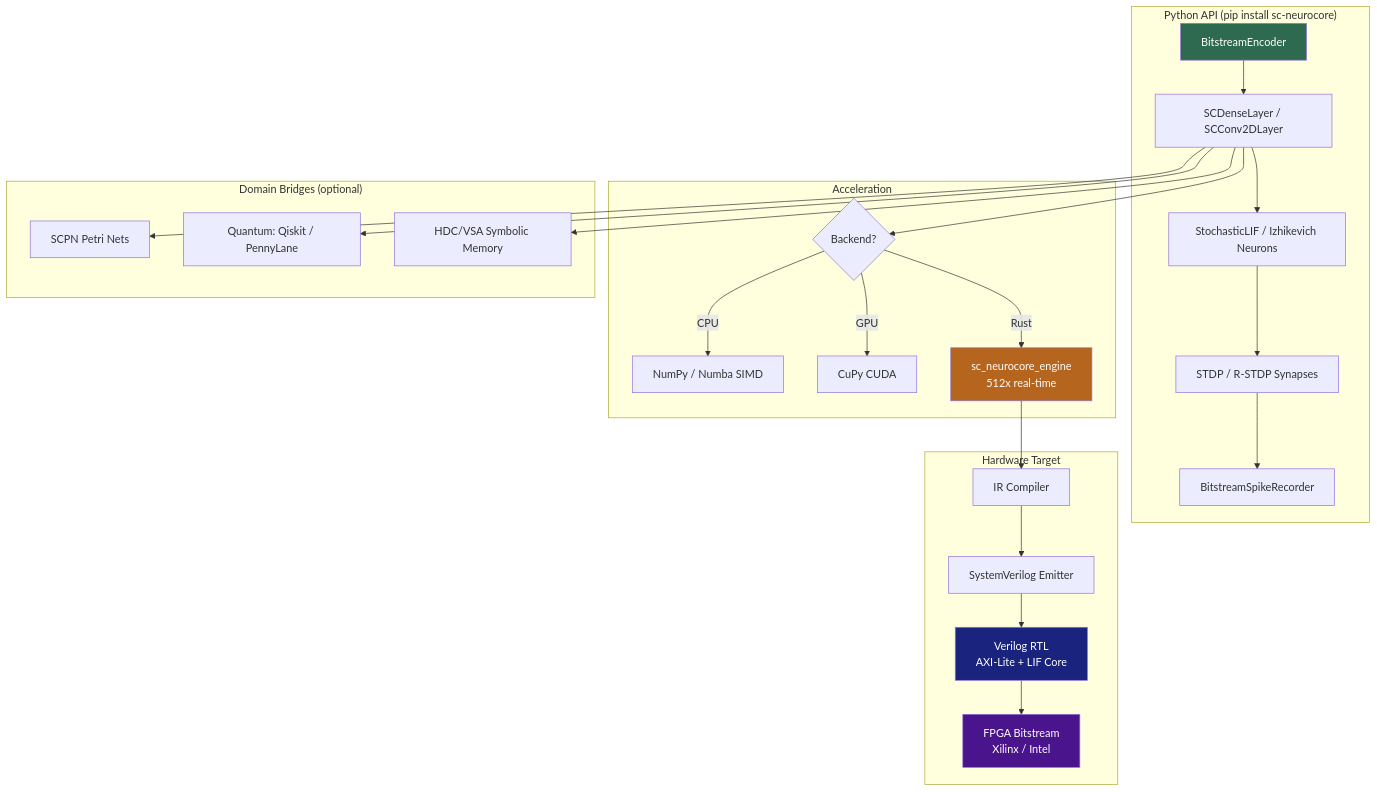
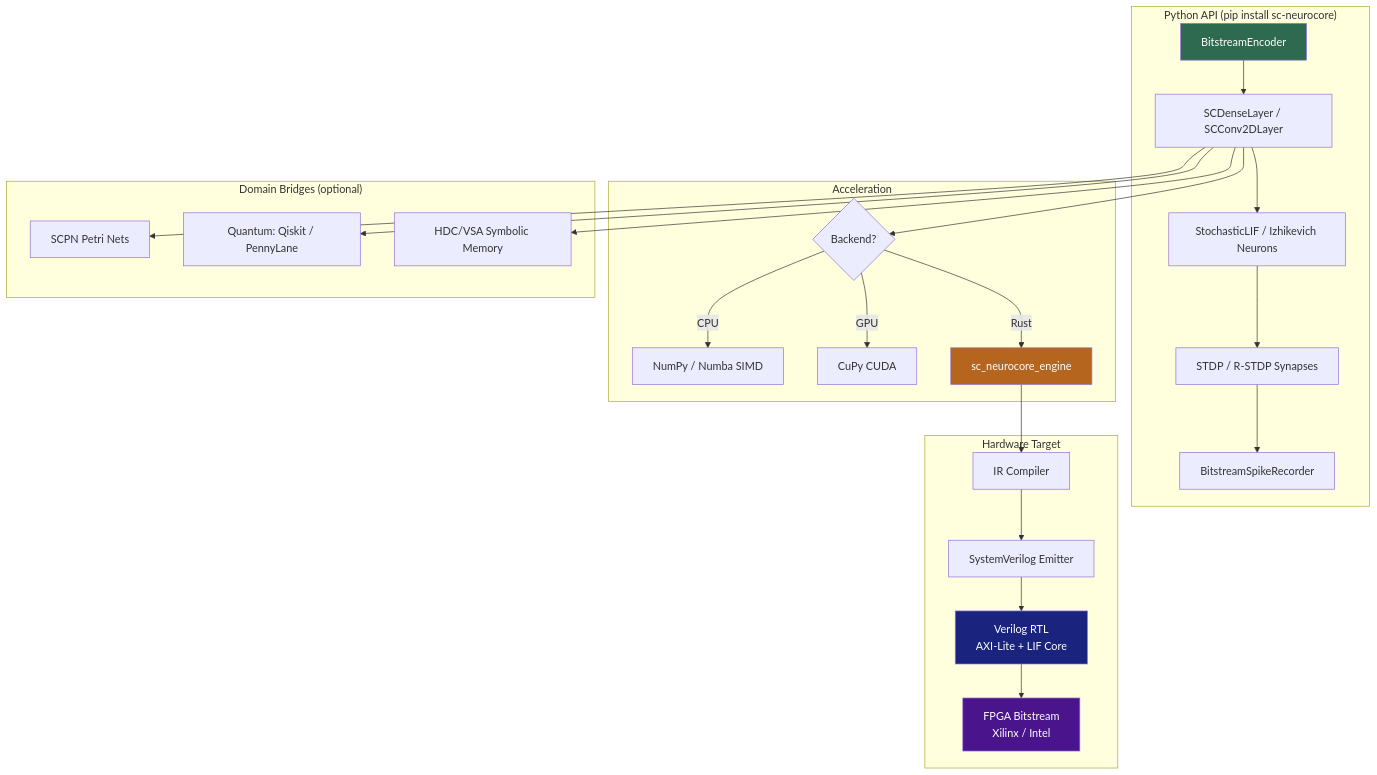
The diagram in README.md (anulum/sc-neurocore), drawn with Mermaid before and after one commit. The commit also changed other lines of this file and 25 other files, not shown here.

````diff
--- a/README.md
+++ b/README.md
@@ -110,34 +110,34 @@
 ```mermaid
 graph TD
     subgraph "Python API (pip install sc-neurocore)"
         A[BitstreamEncoder] --> B[SCDenseLayer / SCConv2DLayer]
         B --> C[StochasticLIF / Izhikevich Neurons]
         C --> D[STDP / R-STDP Synapses]
         D --> E[BitstreamSpikeRecorder]
     end
 
     subgraph "Acceleration"
         B --> F{Backend?}
         F -->|CPU| G[NumPy / Numba SIMD]
         F -->|GPU| H[CuPy CUDA]
-        F -->|Rust| I[sc_neurocore_engine<br/>512x real-time]
+        F -->|Rust| I[sc_neurocore_engine]
     end
 
     subgraph "Hardware Target"
         I --> J[IR Compiler]
         J --> K[SystemVerilog Emitter]
         K --> L[Verilog RTL<br/>AXI-Lite + LIF Core]
         L --> M[FPGA Bitstream<br/>Xilinx / Intel]
     end
 
     subgraph "Domain Bridges (optional)"
         B --> N[SCPN Petri Nets]
         B --> O[Quantum: Qiskit / PennyLane]
         B --> P[HDC/VSA Symbolic Memory]
     end
 
     style A fill:#2d6a4f,color:#fff
     style I fill:#b5651d,color:#fff
     style L fill:#1a237e,color:#fff
     style M fill:#4a148c,color:#fff
 ```
````
